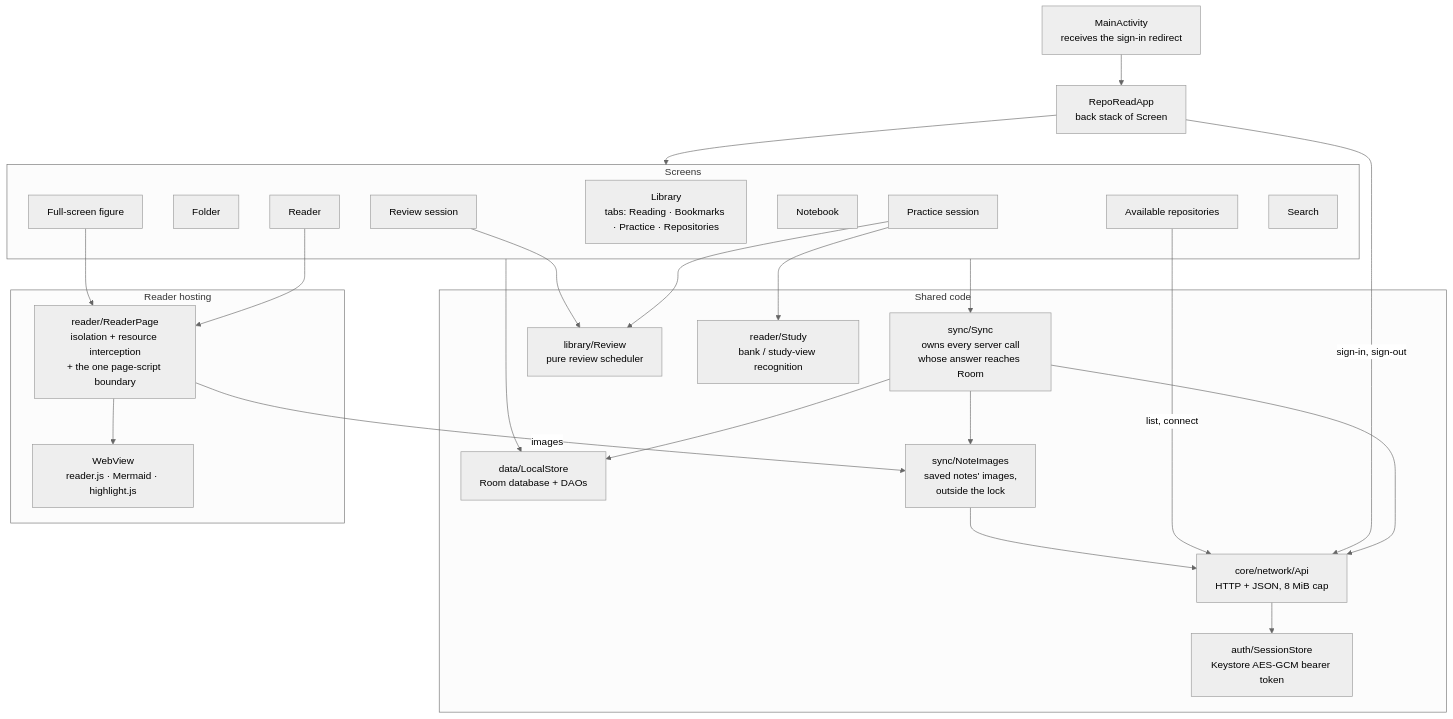
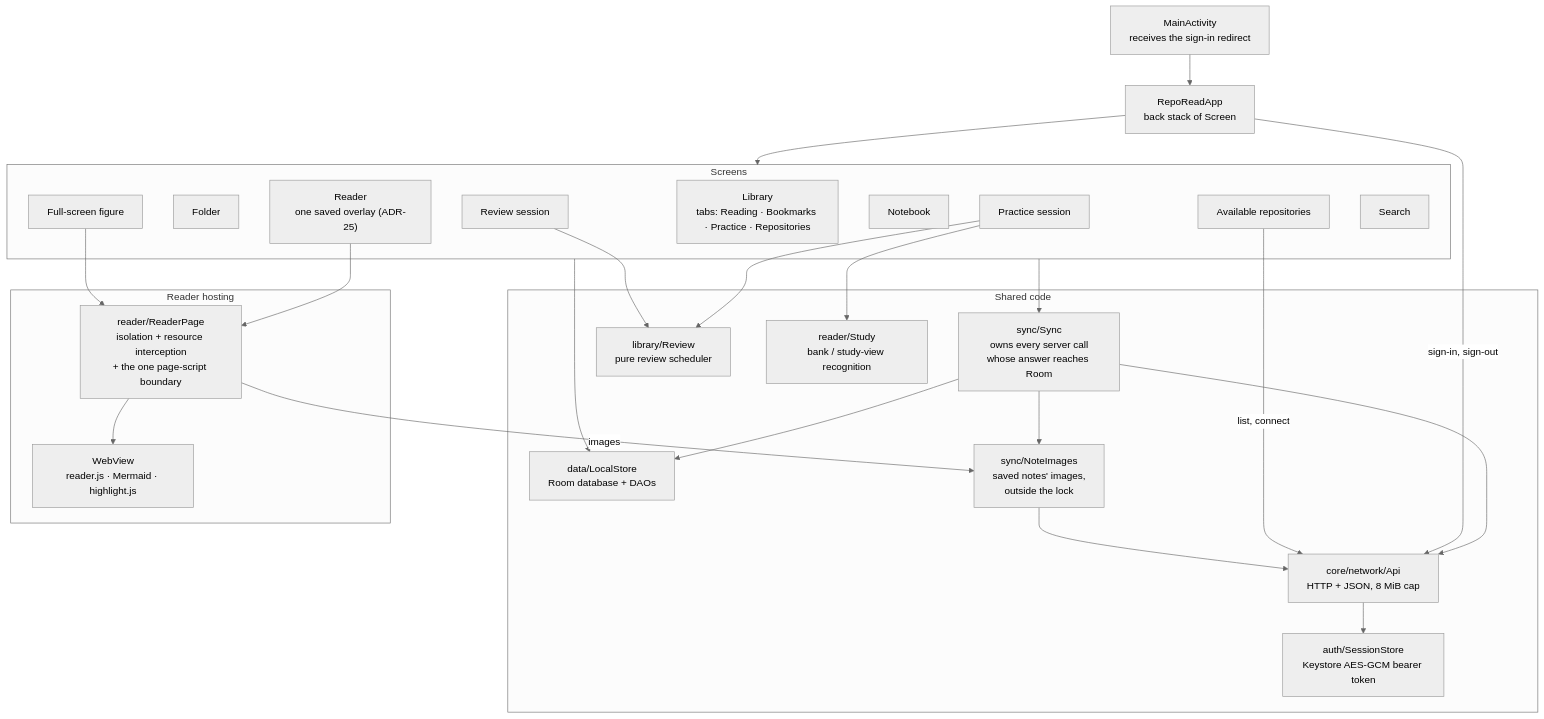
The fifth of 12 diagrams in docs/architecture.md (jaxwong/reporead), drawn with Mermaid (neutral theme) before and after one commit. The commit also changed 3 other files, not shown here.

First line of the commit message:
Record the reader's one overlay and its ready state in the docs

````diff
--- a/docs/architecture.md
+++ b/docs/architecture.md
@@ -261,51 +261,51 @@
 ```mermaid
 flowchart TB
     Main["MainActivity<br/>receives the sign-in redirect"]
     App["RepoReadApp<br/>back stack of Screen"]
     Main --> App
 
     subgraph Screens["Screens"]
         Library["Library<br/>tabs: Reading · Bookmarks · Practice · Repositories"]
         Folder["Folder"]
         Available["Available repositories"]
-        Reader["Reader"]
+        Reader["Reader<br/>one saved overlay (ADR-25)"]
         Figure["Full-screen figure"]
         Notebook["Notebook"]
         Practice["Practice session"]
         Review["Review session"]
         Search["Search"]
     end
     App --> Screens
 
     subgraph Core["Shared code"]
         Sync["sync/Sync<br/>owns every server call<br/>whose answer reaches Room"]
         Store["data/LocalStore<br/>Room database + DAOs"]
         Api["core/network/Api<br/>HTTP + JSON, 8 MiB cap"]
         Images["sync/NoteImages<br/>saved notes' images,<br/>outside the lock"]
         Session["auth/SessionStore<br/>Keystore AES-GCM bearer token"]
         Sched["library/Review<br/>pure review scheduler"]
         StudyK["reader/Study<br/>bank / study-view recognition"]
     end
 
     subgraph ReaderHost["Reader hosting"]
         Page["reader/ReaderPage<br/>isolation + resource interception<br/>+ the one page-script boundary"]
         WebV["WebView<br/>reader.js · Mermaid · highlight.js"]
         Page --> WebV
     end
 
     Screens --> Sync
     Screens --> Store
     Practice --> StudyK
     Practice --> Sched
     Review --> Sched
     Reader --> Page
     Figure --> Page
     Sync --> Api
     App -- "sign-in, sign-out" --> Api
     Available -- "list, connect" --> Api
     Sync --> Store
     Api --> Session
     Page -- "images" --> Images
     Sync --> Images
     Images --> Api
 ```
````
